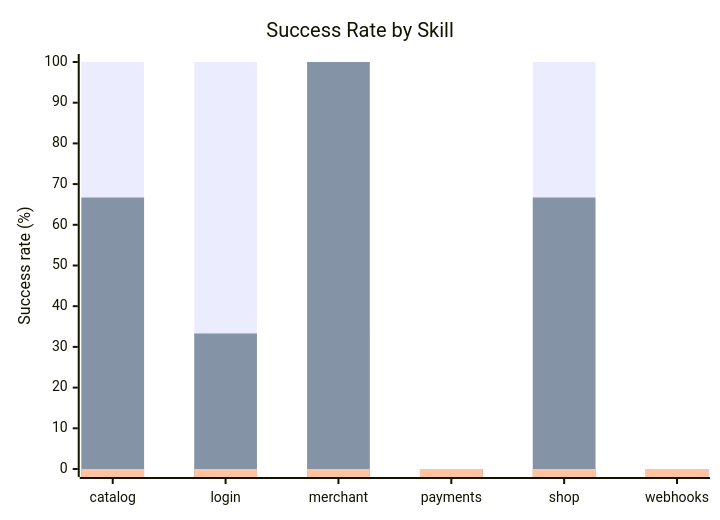
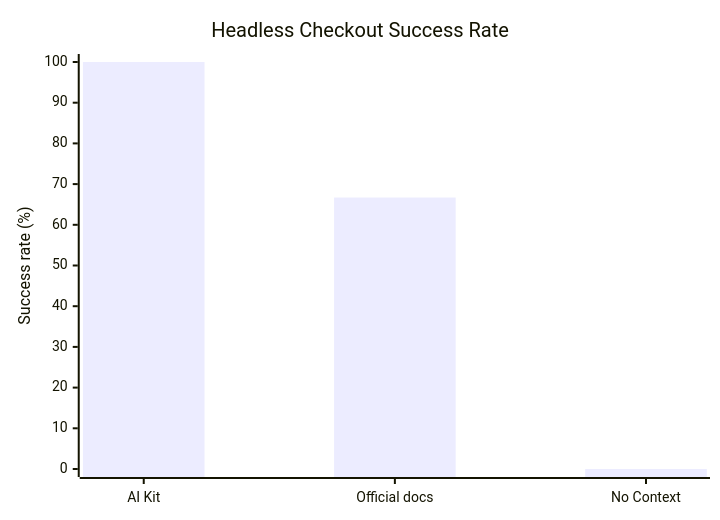
The second of 4 diagrams in README.md (apyanzin-xsolla/ai-kit-eval-dashboard), drawn with Mermaid before and after one commit. The commit also changed other lines of this file and 3 other files, not shown here.

Commit message:
docs: focus report on headless checkout use case

````diff
--- a/README.md
+++ b/README.md
@@ -99,9 +92,7 @@
 ```mermaid
 xychart-beta
-    title "Success Rate by Skill"
-    x-axis ["catalog", "login", "merchant", "payments", "shop", "webhooks"]
+    title "Headless Checkout Success Rate"
+    x-axis ["AI Kit", "Official docs", "No Context"]
     y-axis "Success rate (%)" 0 --> 100
-    bar [100, 100, 33.3, 0, 100, 0]
-    bar [66.7, 33.3, 100, 0, 66.7, 0]
-    bar [0, 0, 0, 0, 0, 0]
+    bar [100, 66.7, 0]
 ```
````
